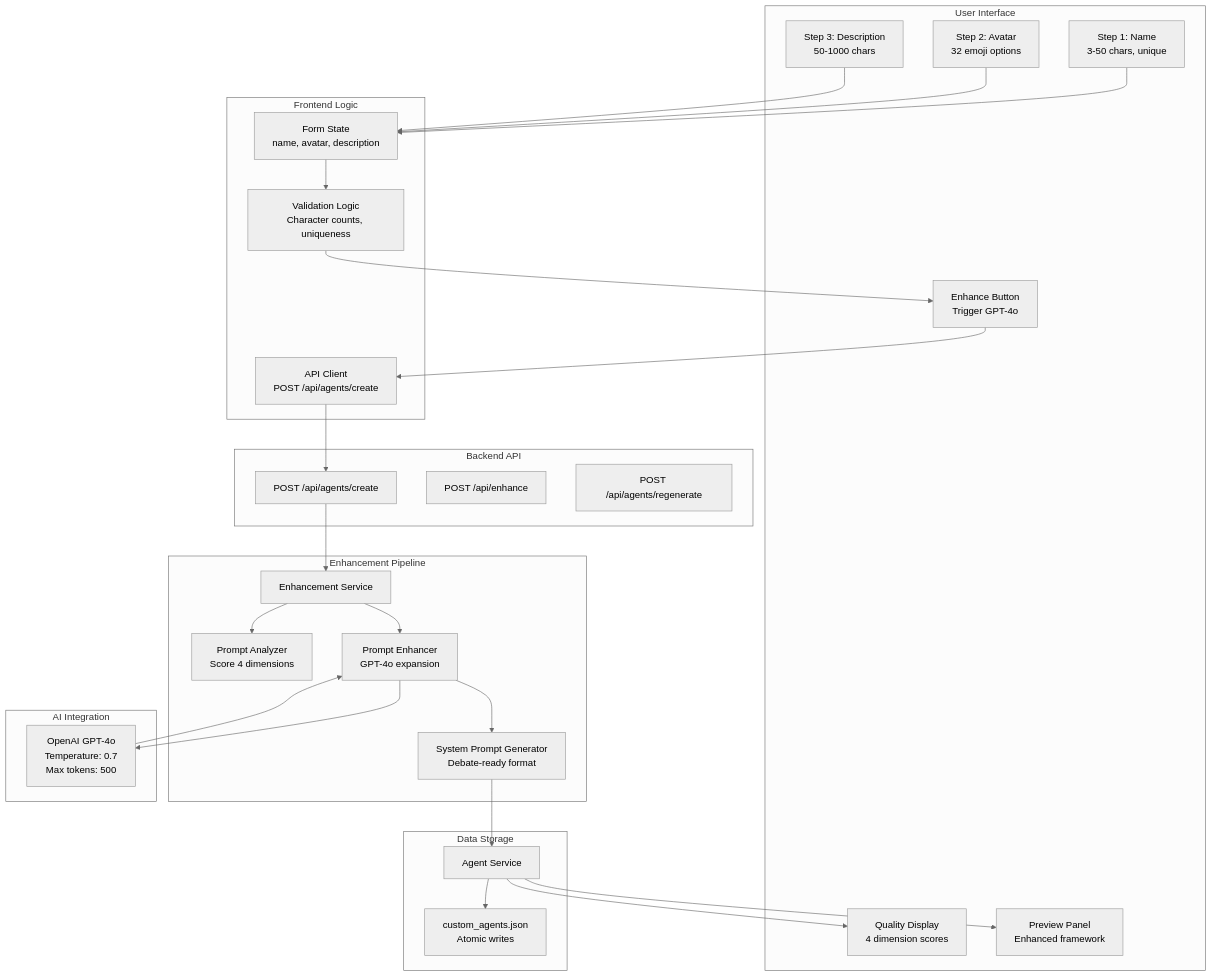
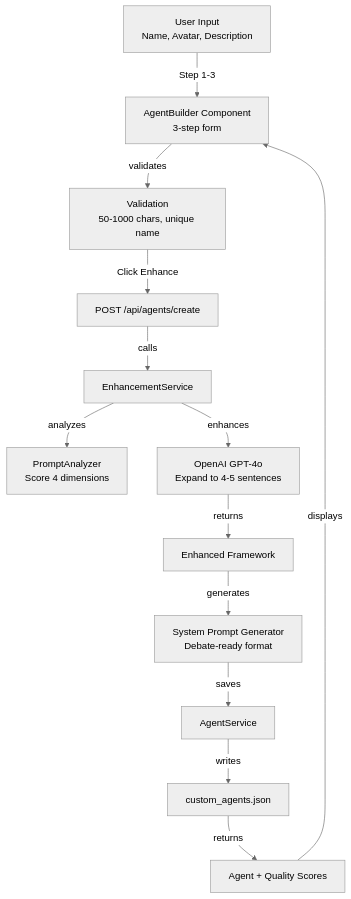
The fifth of 9 diagrams in docs/feature-architecture-diagrams.md (khattam/MirrorMind-AI), drawn with Mermaid (neutral theme) before and after one commit. The commit also changed other lines of this file, not shown here.

Commit message:
Fix 1.2 Data Flow - use actual /agent/{name} loop instead of /openings endpoint

````diff
--- a/docs/feature-architecture-diagrams.md
+++ b/docs/feature-architecture-diagrams.md
@@ -248,59 +289,21 @@
 ```mermaid
-graph TB
-    subgraph UI["User Interface"]
-        Step1[Step 1: Name<br/>3-50 chars, unique]
-        Step2[Step 2: Avatar<br/>32 emoji options]
-        Step3[Step 3: Description<br/>50-1000 chars]
-        EnhanceBtn[Enhance Button<br/>Trigger GPT-4o]
-        QualityDisplay[Quality Display<br/>4 dimension scores]
-        PreviewPanel[Preview Panel<br/>Enhanced framework]
-    end
+graph TD
+    User[User Input<br/>Name, Avatar, Description]
     
-    subgraph Frontend["Frontend Logic"]
-        FormState[Form State<br/>name, avatar, description]
-        ValidationLogic[Validation Logic<br/>Character counts, uniqueness]
-        APIClient[API Client<br/>POST /api/agents/create]
-    end
+    User -->|Step 1-3| AgentBuilder[AgentBuilder Component<br/>3-step form]
+    AgentBuilder -->|validates| Validation[Validation<br/>50-1000 chars, unique name]
+    Validation -->|Click Enhance| API[POST /api/agents/create]
     
-    subgraph Backend["Backend API"]
-        CreateEndpoint[POST /api/agents/create]
-        EnhanceEndpoint[POST /api/enhance]
-        RegenerateEndpoint[POST /api/agents/regenerate]
-    end
+    API -->|calls| EnhancementService[EnhancementService]
+    EnhancementService -->|analyzes| Analyzer[PromptAnalyzer<br/>Score 4 dimensions]
+    EnhancementService -->|enhances| GPT4o[OpenAI GPT-4o<br/>Expand to 4-5 sentences]
     
-    subgraph EnhancementPipeline["Enhancement Pipeline"]
-        EnhancementService[Enhancement Service]
-        PromptAnalyzer[Prompt Analyzer<br/>Score 4 dimensions]
-        PromptEnhancer[Prompt Enhancer<br/>GPT-4o expansion]
-        SystemPromptGen[System Prompt Generator<br/>Debate-ready format]
-    end
+    GPT4o -->|returns| Enhanced[Enhanced Framework]
+    Enhanced -->|generates| SystemPrompt[System Prompt Generator<br/>Debate-ready format]
     
-    subgraph AI["AI Integration"]
-        GPT4o[OpenAI GPT-4o<br/>Temperature: 0.7<br/>Max tokens: 500]
-    end
+    SystemPrompt -->|saves| AgentService[AgentService]
+    AgentService -->|writes| Storage[custom_agents.json]
     
-    subgraph Storage["Data Storage"]
-        AgentService[Agent Service]
-        AgentsJSON[custom_agents.json<br/>Atomic writes]
-    end
-    
-    Step1 --> FormState
-    Step2 --> FormState
-    Step3 --> FormState
-    FormState --> ValidationLogic
-    ValidationLogic --> EnhanceBtn
-    EnhanceBtn --> APIClient
-    APIClient --> CreateEndpoint
-    
-    CreateEndpoint --> EnhancementService
-    EnhancementService --> PromptAnalyzer
-    EnhancementService --> PromptEnhancer
-    PromptEnhancer --> GPT4o
-    GPT4o --> PromptEnhancer
-    PromptEnhancer --> SystemPromptGen
-    SystemPromptGen --> AgentService
-    AgentService --> AgentsJSON
-    
-    AgentService --> QualityDisplay
-    AgentService --> PreviewPanel
+    Storage -->|returns| Response[Agent + Quality Scores]
+    Response -->|displays| AgentBuilder
 ```
````
